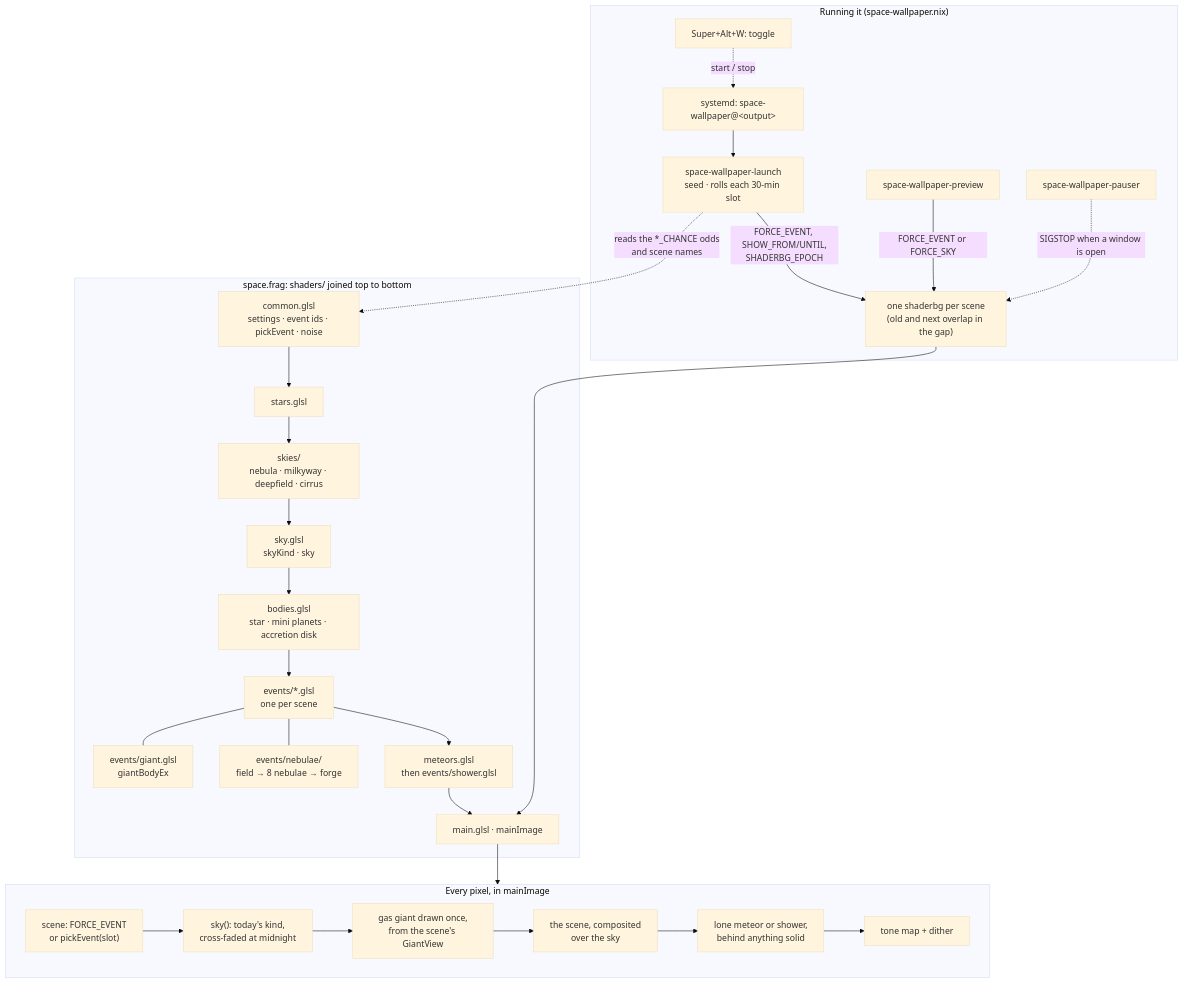
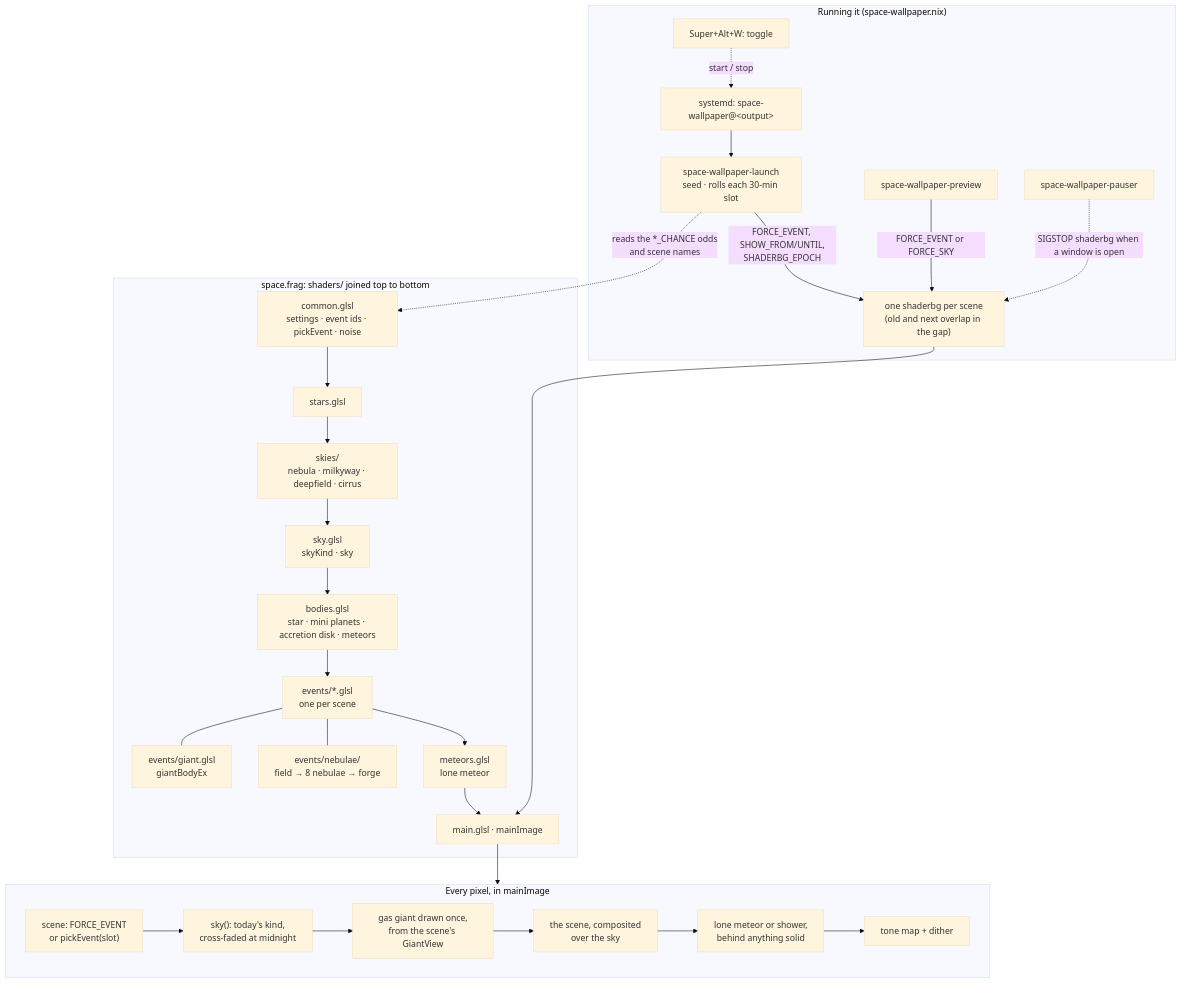
One commit to JonnyDeates/jon-koi-os changed the diagram in modules/home/hyprland/shaders/README.md. Above: the diagram before and after it, drawn with Mermaid (base theme). The commit also changed other lines of this file and 6 other files, not shown here.

First line of the commit message:
Space wallpaper: quiet pauser, DST-safe sky, remeasured costs

````diff
--- a/modules/home/hyprland/shaders/README.md
+++ b/modules/home/hyprland/shaders/README.md
@@ -80,39 +80,39 @@
 ```mermaid
 flowchart TB
     subgraph run["Running it (space-wallpaper.nix)"]
         unit["systemd: space-wallpaper@#lt;output#gt;"] --> launch["space-wallpaper-launch<br/>seed · rolls each 30-min slot"]
         launch -- "FORCE_EVENT, SHOW_FROM/UNTIL,<br/>SHADERBG_EPOCH" --> procs["one shaderbg per scene<br/>(old and next overlap in the gap)"]
         preview["space-wallpaper-preview"] -- "FORCE_EVENT or FORCE_SKY" --> procs
-        pauser["space-wallpaper-pauser"] -. "SIGSTOP when a window is open" .-> procs
+        pauser["space-wallpaper-pauser"] -. "SIGSTOP shaderbg when a window is open" .-> procs
         toggle["Super+Alt+W: toggle"] -. "start / stop" .-> unit
     end
 
     subgraph frag["space.frag: shaders/ joined top to bottom"]
         common["common.glsl<br/>settings · event ids · pickEvent · noise"]
         stars["stars.glsl"]
         skies["skies/<br/>nebula · milkyway · deepfield · cirrus"]
         skyf["sky.glsl<br/>skyKind · sky"]
-        bodies["bodies.glsl<br/>star · mini planets · accretion disk"]
+        bodies["bodies.glsl<br/>star · mini planets · accretion disk · meteors"]
         events["events/*.glsl<br/>one per scene"]
         giant["events/giant.glsl<br/>giantBodyEx"]
         nebulae["events/nebulae/<br/>field → 8 nebulae → forge"]
-        meteors["meteors.glsl<br/>then events/shower.glsl"]
+        meteors["meteors.glsl<br/>lone meteor"]
         main["main.glsl · mainImage"]
         common --> stars --> skies --> skyf --> bodies --> events --> meteors --> main
         events --- giant
         events --- nebulae
     end
 
     launch -. "reads the *_CHANCE odds<br/>and scene names" .-> common
     procs --> main
 
     subgraph pixel["Every pixel, in mainImage"]
         direction LR
         pick["scene: FORCE_EVENT<br/>or pickEvent(slot)"] --> bg["sky(): today's kind,<br/>cross-faded at midnight"]
         bg --> gv["gas giant drawn once,<br/>from the scene's GiantView"]
         gv --> scene["the scene, composited<br/>over the sky"]
         scene --> met["lone meteor or shower,<br/>behind anything solid"]
         met --> tone["tone map + dither"]
     end
     main --> pixel
 ```
````
